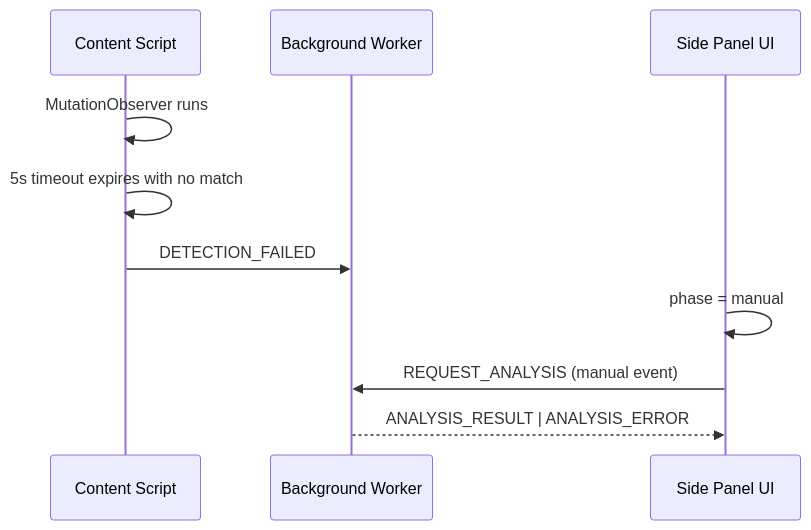
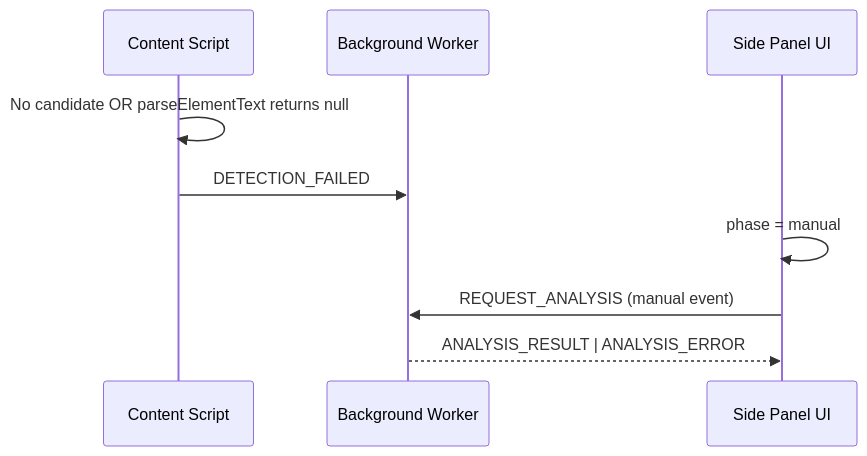
Before and after one commit to shubhamINT/iqinsyt_frontend_extension: the second of 4 diagrams in docs/data-flow.md, drawn with Mermaid. The commit also changed other lines of this file and 21 other files, not shown here.

Commit message:
Added updated multiple parts of the element speaker and added an auto detector, which runs in the background, and updated the UI.

````diff
--- a/docs/data-flow.md
+++ b/docs/data-flow.md
@@ -25,13 +33,12 @@
 ```mermaid
 sequenceDiagram
   participant Content as Content Script
   participant BG as Background Worker
   participant Panel as Side Panel UI
 
-  Content->>Content: MutationObserver runs
-  Content->>Content: 5s timeout expires with no match
+  Content->>Content: No candidate OR parseElementText returns null
   Content->>BG: DETECTION_FAILED
   Panel->>Panel: phase = manual
   Panel->>BG: REQUEST_ANALYSIS (manual event)
   BG-->>Panel: ANALYSIS_RESULT | ANALYSIS_ERROR
 ```
````
